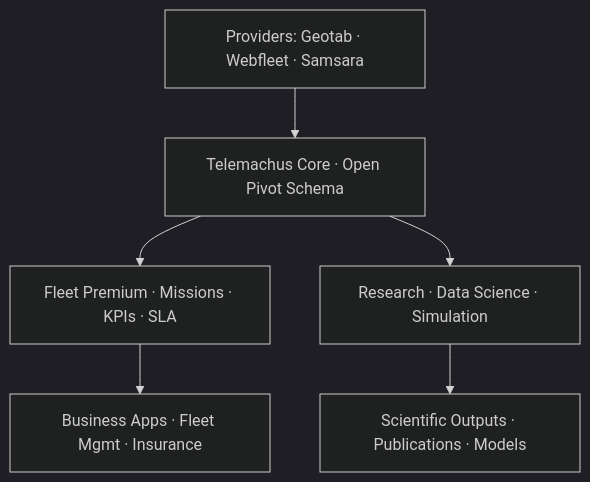
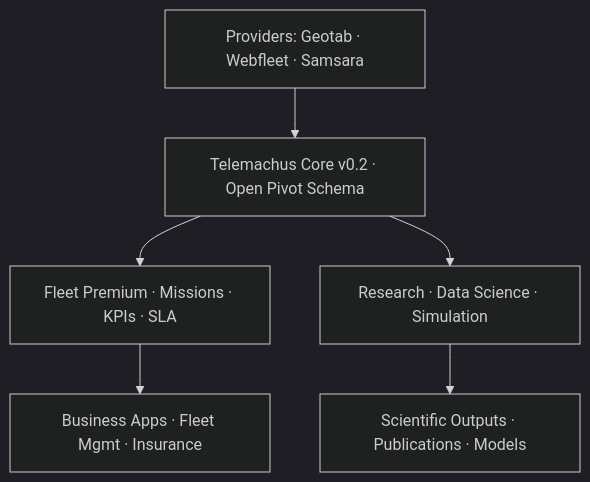
The diagram in spec/docs/index.md (telemachus3/telemachus), drawn with Mermaid (dark theme) before and after one commit. The commit also changed other lines of this file and 10 other files, not shown here.

````diff
--- a/spec/docs/index.md
+++ b/spec/docs/index.md
@@ -56,8 +62,8 @@
 ```mermaid
 graph TD
-  Prov[Providers: Geotab · Webfleet · Samsara] --> Core[Telemachus Core · Open Pivot Schema]
+  Prov[Providers: Geotab · Webfleet · Samsara] --> Core[Telemachus Core v0.2 · Open Pivot Schema]
   Core --> Fleet[Fleet Premium · Missions · KPIs · SLA]
   Core --> Research[Research · Data Science · Simulation]
   Fleet --> Apps[Business Apps · Fleet Mgmt · Insurance]
   Research --> Sci[Scientific Outputs · Publications · Models]
 ```
````
